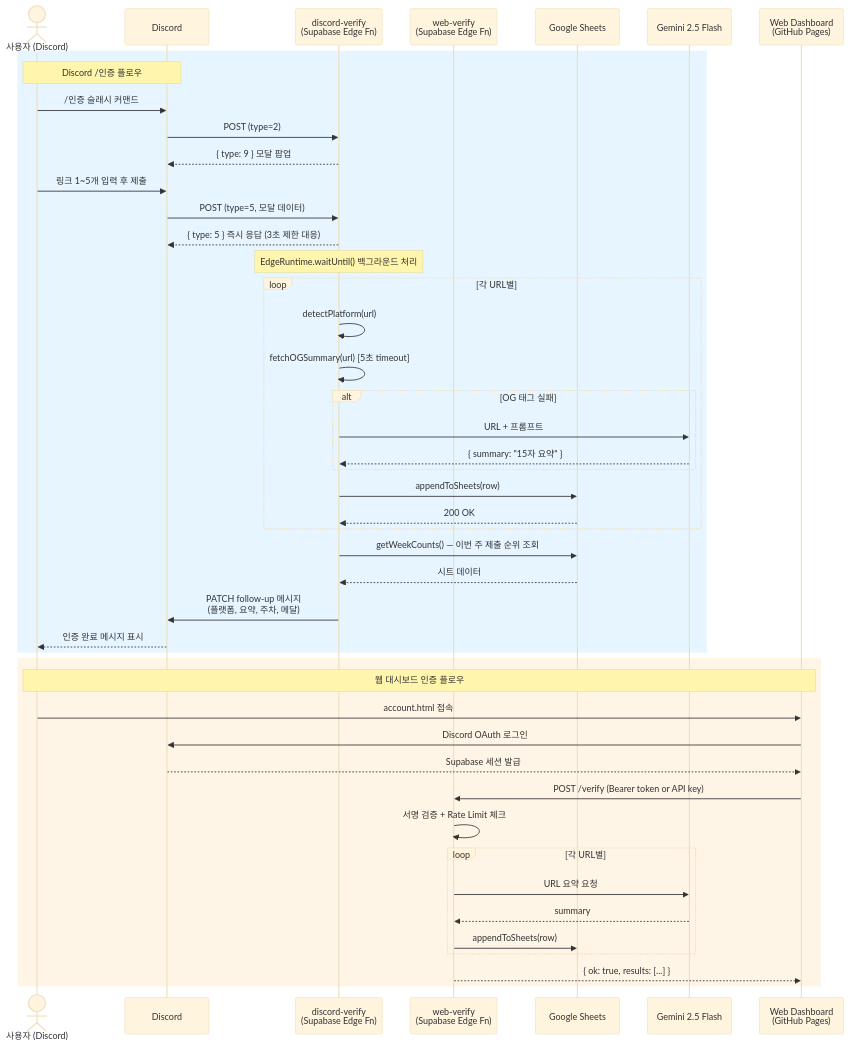
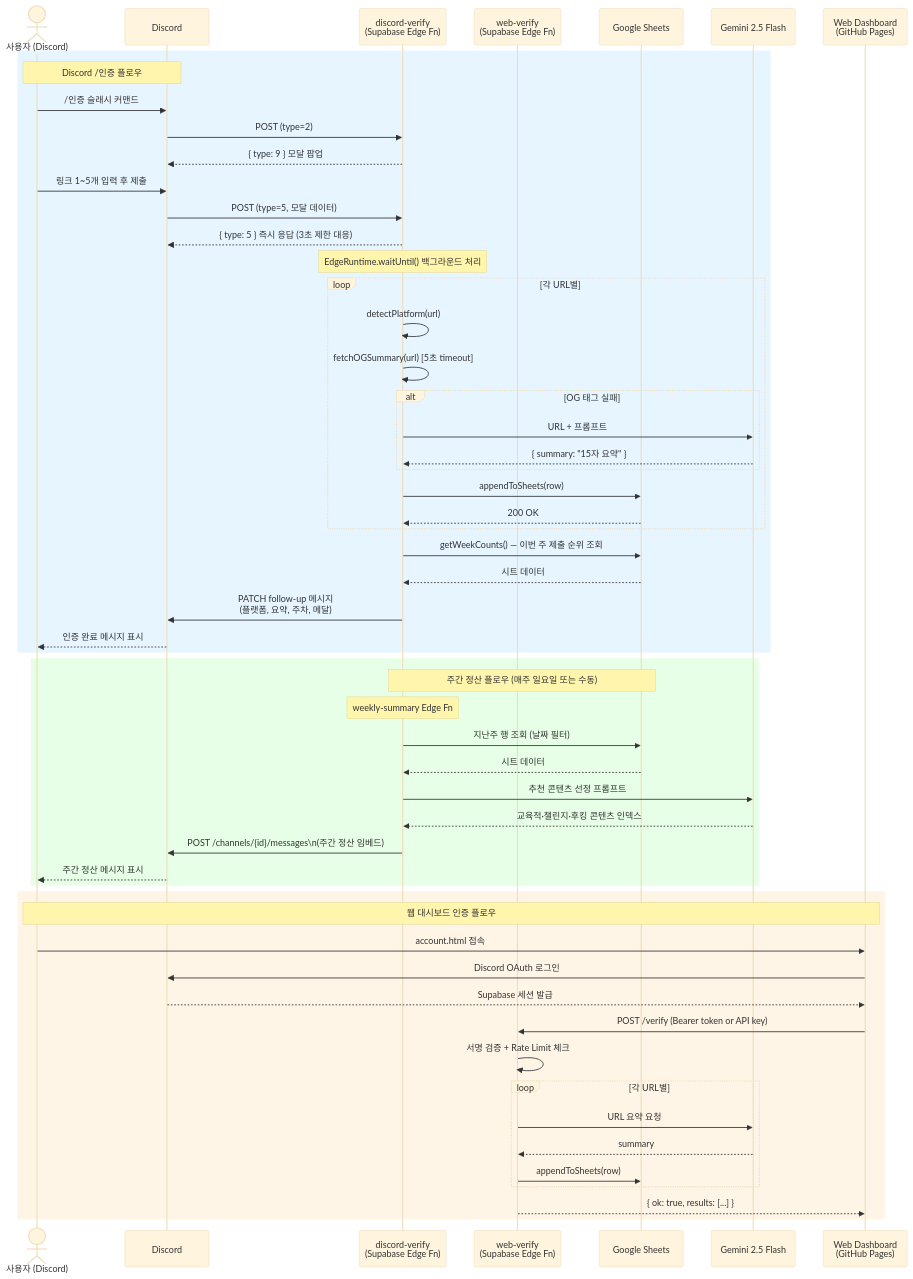
Before and after one commit to ggplab/content_designer_challenge: the first of 3 diagrams in docs/architecture.md, drawn with Mermaid (base theme). The commit also changed other lines of this file and 1 other file, not shown here.

Commit message:
docs: update 2026-03-19 release notes — weekly-summary edge function

````diff
--- a/docs/architecture.md
+++ b/docs/architecture.md
@@ -9,53 +9,65 @@
 ```mermaid
 sequenceDiagram
     actor User as 사용자 (Discord)
     participant DC as Discord
     participant DV as discord-verify<br/>(Supabase Edge Fn)
     participant WV as web-verify<br/>(Supabase Edge Fn)
     participant GS as Google Sheets
     participant GM as Gemini 2.5 Flash
     participant WEB as Web Dashboard<br/>(GitHub Pages)
 
     %% Discord 인증 플로우
     rect rgb(230, 245, 255)
         Note over User,DC: Discord /인증 플로우
         User->>DC: /인증 슬래시 커맨드
         DC->>DV: POST (type=2)
         DV-->>DC: { type: 9 } 모달 팝업
         User->>DC: 링크 1~5개 입력 후 제출
         DC->>DV: POST (type=5, 모달 데이터)
         DV-->>DC: { type: 5 } 즉시 응답 (3초 제한 대응)
 
         Note over DV: EdgeRuntime.waitUntil() 백그라운드 처리
         loop 각 URL별
             DV->>DV: detectPlatform(url)
             DV->>DV: fetchOGSummary(url) [5초 timeout]
             alt OG 태그 실패
                 DV->>GM: URL + 프롬프트
                 GM-->>DV: { summary: "15자 요약" }
             end
             DV->>GS: appendToSheets(row)
             GS-->>DV: 200 OK
         end
         DV->>GS: getWeekCounts() — 이번 주 제출 순위 조회
         GS-->>DV: 시트 데이터
         DV->>DC: PATCH follow-up 메시지<br/>(플랫폼, 요약, 주차, 메달)
         DC-->>User: 인증 완료 메시지 표시
     end
 
+    %% 주간 정산 플로우
+    rect rgb(230, 255, 230)
+        Note over DV,GS: 주간 정산 플로우 (매주 일요일 또는 수동)
+        Note over DV: weekly-summary Edge Fn
+        DV->>GS: 지난주 행 조회 (날짜 필터)
+        GS-->>DV: 시트 데이터
+        DV->>GM: 추천 콘텐츠 선정 프롬프트
+        GM-->>DV: 교육적·챌린지·후킹 콘텐츠 인덱스
+        DV->>DC: POST /channels/{id}/messages\n(주간 정산 임베드)
+        DC-->>User: 주간 정산 메시지 표시
+    end
+
     %% 웹 인증 플로우
     rect rgb(255, 245, 230)
         Note over User,WEB: 웹 대시보드 인증 플로우
         User->>WEB: account.html 접속
         WEB->>DC: Discord OAuth 로그인
         DC-->>WEB: Supabase 세션 발급
         WEB->>WV: POST /verify (Bearer token or API key)
         WV->>WV: 서명 검증 + Rate Limit 체크
         loop 각 URL별
             WV->>GM: URL 요약 요청
             GM-->>WV: summary
             WV->>GS: appendToSheets(row)
         end
         WV-->>WEB: { ok: true, results: [...] }
     end
 ```
````
